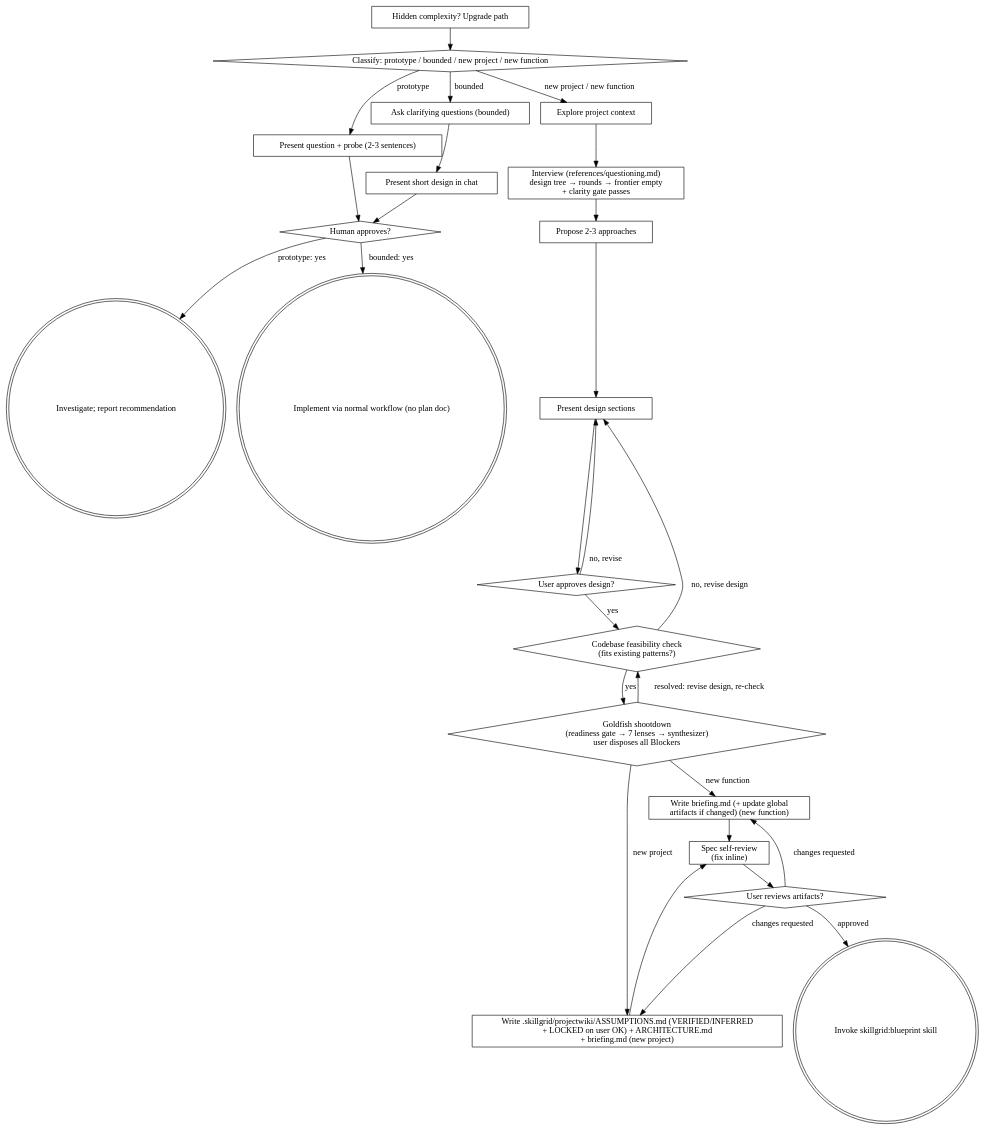
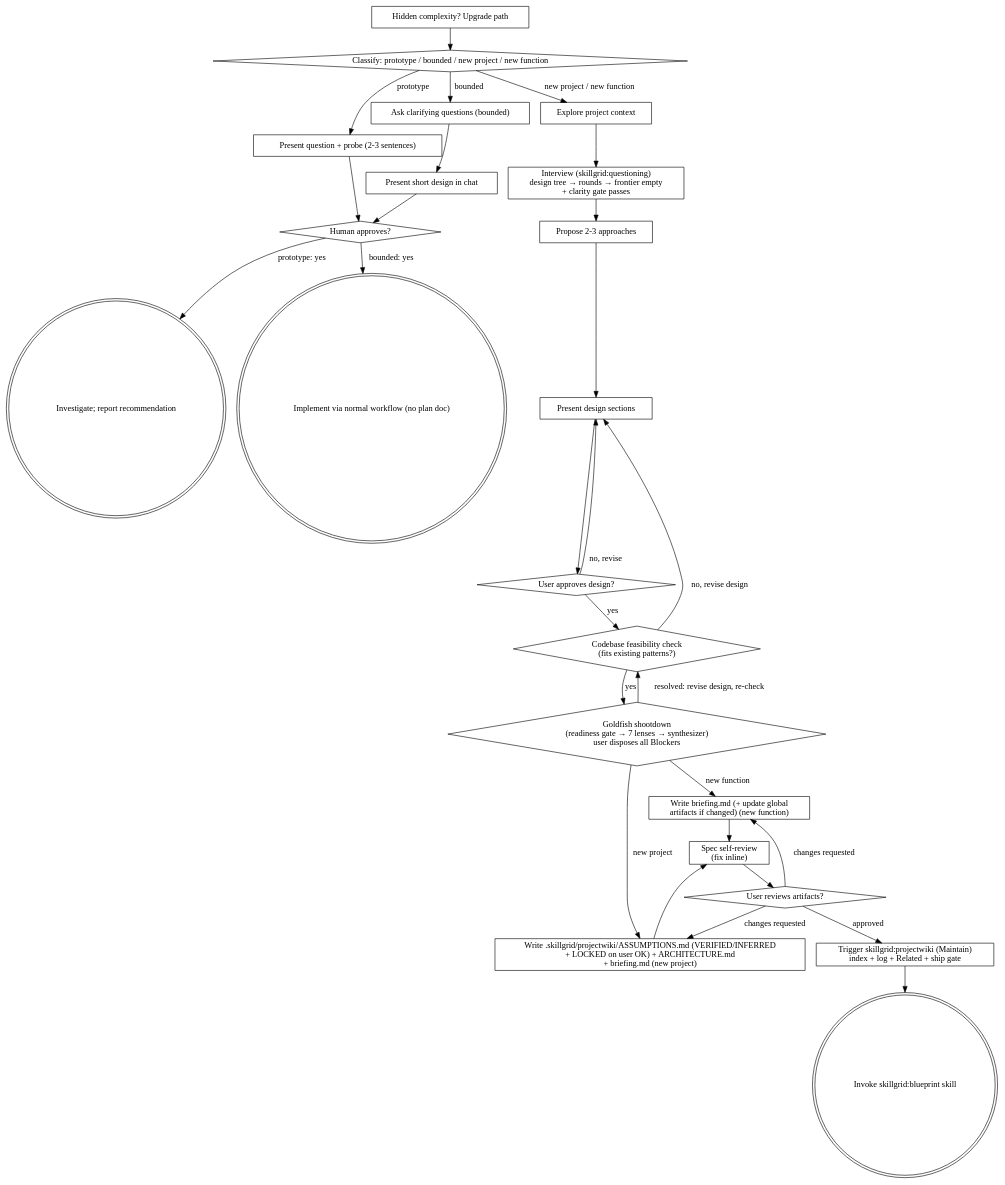
The diagram in .agents/skills/brainstorm/references/paths.md (devopstales/skillgrid), drawn with Graphviz before and after one commit. The commit also changed other lines of this file and 188 other files, not shown here.

````diff
--- a/.agents/skills/brainstorm/references/paths.md
+++ b/.agents/skills/brainstorm/references/paths.md
@@ -59,51 +97,53 @@
 ```dot
 digraph brainstorming {
     "Classify: prototype / bounded / new project / new function" [shape=diamond];
     "Present question + probe (2-3 sentences)" [shape=box];
     "Ask clarifying questions (bounded)" [shape=box];
     "Present short design in chat" [shape=box];
     "Human approves?" [shape=diamond];
     "Investigate; report recommendation" [shape=doublecircle];
     "Implement via normal workflow (no plan doc)" [shape=doublecircle];
     "Explore project context" [shape=box];
-    "Interview (references/questioning.md)\ndesign tree → rounds → frontier empty\n+ clarity gate passes" [shape=box];
+    "Interview (skillgrid:questioning)\ndesign tree → rounds → frontier empty\n+ clarity gate passes" [shape=box];
     "Propose 2-3 approaches" [shape=box];
     "Present design sections" [shape=box];
     "User approves design?" [shape=diamond];
     "Codebase feasibility check\n(fits existing patterns?)" [shape=diamond];
     "Goldfish shootdown\n(readiness gate → 7 lenses → synthesizer)\nuser disposes all Blockers" [shape=diamond];
     "Write .skillgrid/projectwiki/ASSUMPTIONS.md (VERIFIED/INFERRED\n+ LOCKED on user OK) + ARCHITECTURE.md\n+ briefing.md (new project)" [shape=box];
     "Write briefing.md (+ update global\nartifacts if changed) (new function)" [shape=box];
     "Spec self-review\n(fix inline)" [shape=box];
     "User reviews artifacts?" [shape=diamond];
+    "Trigger skillgrid:projectwiki (Maintain)\nindex + log + Related + ship gate" [shape=box];
     "Invoke skillgrid:blueprint skill" [shape=doublecircle];
     "Hidden complexity? Upgrade path" [shape=box];
 
     "Classify: prototype / bounded / new project / new function" -> "Present question + probe (2-3 sentences)" [label="prototype"];
     "Classify: prototype / bounded / new project / new function" -> "Ask clarifying questions (bounded)" [label="bounded"];
     "Classify: prototype / bounded / new project / new function" -> "Explore project context" [label="new project / new function"];
     "Present question + probe (2-3 sentences)" -> "Human approves?";
     "Ask clarifying questions (bounded)" -> "Present short design in chat";
     "Present short design in chat" -> "Human approves?";
     "Human approves?" -> "Investigate; report recommendation" [label="prototype: yes"];
     "Human approves?" -> "Implement via normal workflow (no plan doc)" [label="bounded: yes"];
     "Hidden complexity? Upgrade path" -> "Classify: prototype / bounded / new project / new function";
-    "Explore project context" -> "Interview (references/questioning.md)\ndesign tree → rounds → frontier empty\n+ clarity gate passes";
-    "Interview (references/questioning.md)\ndesign tree → rounds → frontier empty\n+ clarity gate passes" -> "Propose 2-3 approaches";
+    "Explore project context" -> "Interview (skillgrid:questioning)\ndesign tree → rounds → frontier empty\n+ clarity gate passes";
+    "Interview (skillgrid:questioning)\ndesign tree → rounds → frontier empty\n+ clarity gate passes" -> "Propose 2-3 approaches";
     "Propose 2-3 approaches" -> "Present design sections";
     "Present design sections" -> "User approves design?";
     "User approves design?" -> "Present design sections" [label="no, revise"];
     "User approves design?" -> "Codebase feasibility check\n(fits existing patterns?)" [label="yes"];
     "Codebase feasibility check\n(fits existing patterns?)" -> "Present design sections" [label="no, revise design"];
     "Codebase feasibility check\n(fits existing patterns?)" -> "Goldfish shootdown\n(readiness gate → 7 lenses → synthesizer)\nuser disposes all Blockers" [label="yes"];
     "Goldfish shootdown\n(readiness gate → 7 lenses → synthesizer)\nuser disposes all Blockers" -> "Codebase feasibility check\n(fits existing patterns?)" [label="resolved: revise design, re-check"];
     "Goldfish shootdown\n(readiness gate → 7 lenses → synthesizer)\nuser disposes all Blockers" -> "Write .skillgrid/projectwiki/ASSUMPTIONS.md (VERIFIED/INFERRED\n+ LOCKED on user OK) + ARCHITECTURE.md\n+ briefing.md (new project)" [label="new project"];
     "Goldfish shootdown\n(readiness gate → 7 lenses → synthesizer)\nuser disposes all Blockers" -> "Write briefing.md (+ update global\nartifacts if changed) (new function)" [label="new function"];
     "Write .skillgrid/projectwiki/ASSUMPTIONS.md (VERIFIED/INFERRED\n+ LOCKED on user OK) + ARCHITECTURE.md\n+ briefing.md (new project)" -> "Spec self-review\n(fix inline)";
     "Write briefing.md (+ update global\nartifacts if changed) (new function)" -> "Spec self-review\n(fix inline)";
     "Spec self-review\n(fix inline)" -> "User reviews artifacts?";
     "User reviews artifacts?" -> "Write .skillgrid/projectwiki/ASSUMPTIONS.md (VERIFIED/INFERRED\n+ LOCKED on user OK) + ARCHITECTURE.md\n+ briefing.md (new project)" [label="changes requested"];
     "User reviews artifacts?" -> "Write briefing.md (+ update global\nartifacts if changed) (new function)" [label="changes requested"];
-    "User reviews artifacts?" -> "Invoke skillgrid:blueprint skill" [label="approved"];
+    "User reviews artifacts?" -> "Trigger skillgrid:projectwiki (Maintain)\nindex + log + Related + ship gate" [label="approved"];
+    "Trigger skillgrid:projectwiki (Maintain)\nindex + log + Related + ship gate" -> "Invoke skillgrid:blueprint skill";
 }
 ```
````
